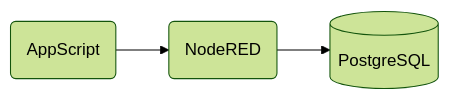
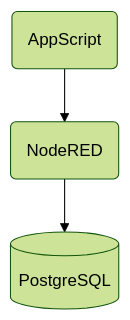
Before and after one commit to jonss0777/DIY_Sensor: the second of 2 diagrams in README.md, drawn with Mermaid (forest theme). The commit also changed other lines of this file, not shown here.

````diff
--- a/README.md
+++ b/README.md
@@ -19,6 +19,6 @@
 ```mermaid
-graph LR;
+graph TD;
   id1(AppScript) --> id2(NodeRED);
   id2 --> id3[(PostgreSQL)];
 
 ```
````
